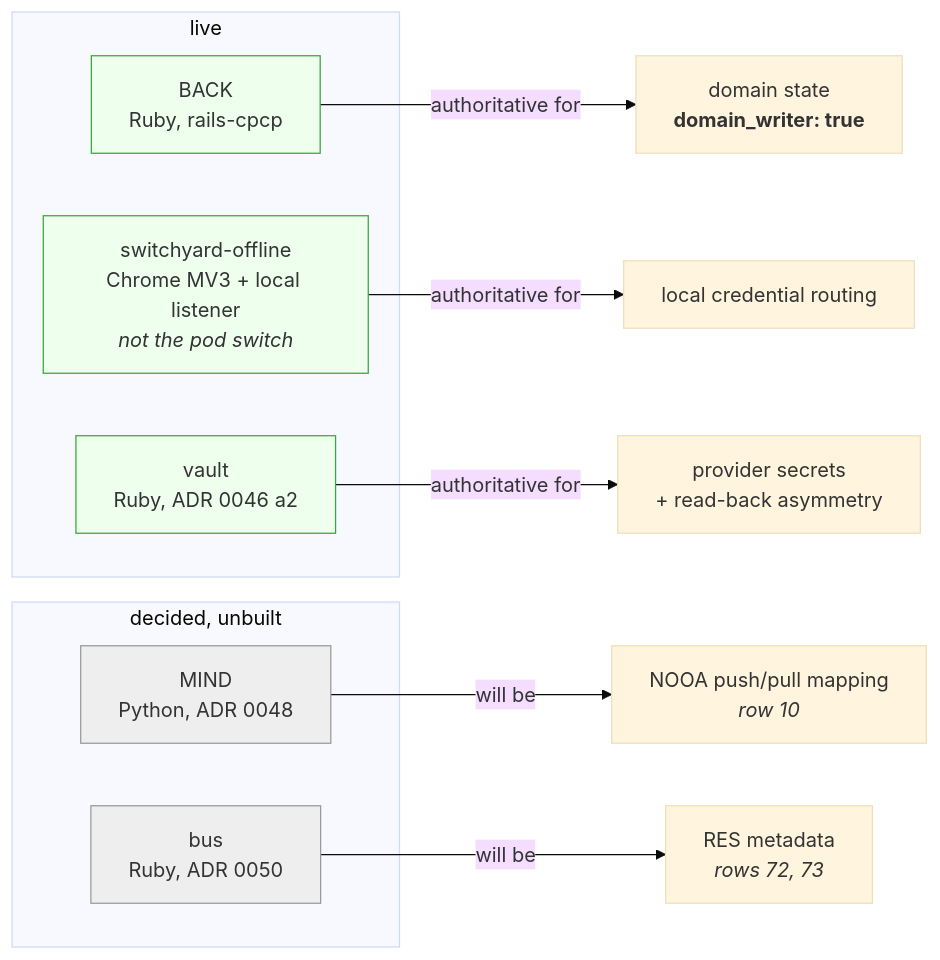
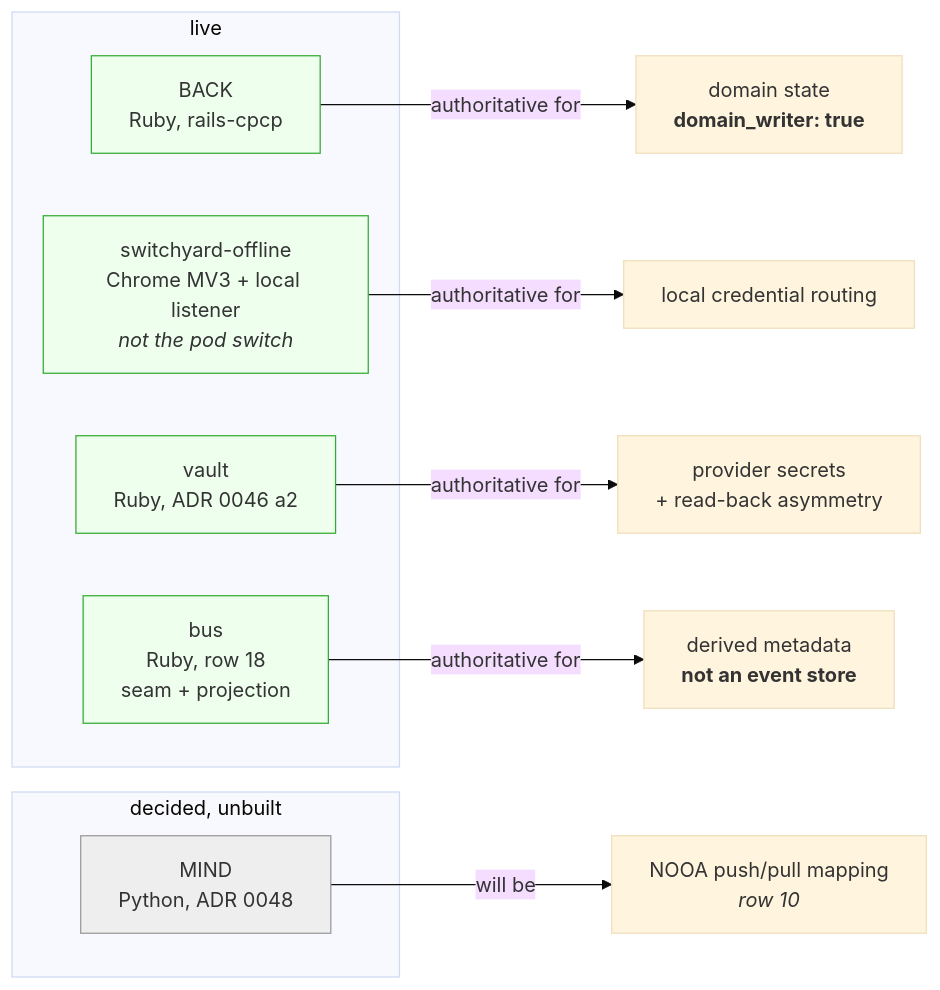
The fourth of 6 diagrams in docs/architecture/ContainerTopology.md (laquereric/magentic-stack), drawn with Mermaid (base theme) before and after one commit. The commit also changed other lines of this file and 1 other file, not shown here.

First line of the commit message:
docs: close row 18, narrow row 9, topology to ten containers

````diff
--- a/docs/architecture/ContainerTopology.md
+++ b/docs/architecture/ContainerTopology.md
@@ -168,23 +169,23 @@
 ```mermaid
 graph LR
   subgraph live["live"]
     S1["BACK<br/>Ruby, rails-cpcp"]
     S2["switchyard-offline<br/>Chrome MV3 + local listener<br/><i>not the pod switch</i>"]
     S3["vault<br/>Ruby, ADR 0046 a2"]
+    S5["bus<br/>Ruby, row 18<br/>seam + projection"]
   end
   subgraph unbuilt["decided, unbuilt"]
     S4["MIND<br/>Python, ADR 0048"]
-    S5["bus<br/>Ruby, ADR 0050"]
   end
   S1 -->|"authoritative for"| A1["domain state<br/><b>domain_writer: true</b>"]
   S2 -->|"authoritative for"| A2["local credential routing"]
   S3 -->|"authoritative for"| A3["provider secrets<br/>+ read-back asymmetry"]
   S4 -->|"will be"| A4["NOOA push/pull mapping<br/><i>row 10</i>"]
-  S5 -->|"will be"| A5["RES metadata<br/><i>rows 72, 73</i>"]
+  S5 -->|"authoritative for"| A5["derived metadata<br/><b>not an event store</b>"]
 
   style S1 fill:#efe,stroke:#3a3
   style S2 fill:#efe,stroke:#3a3
   style S3 fill:#efe,stroke:#3a3
   style S4 fill:#eee,stroke:#999
-  style S5 fill:#eee,stroke:#999
+  style S5 fill:#efe,stroke:#3a3
 ```
````
